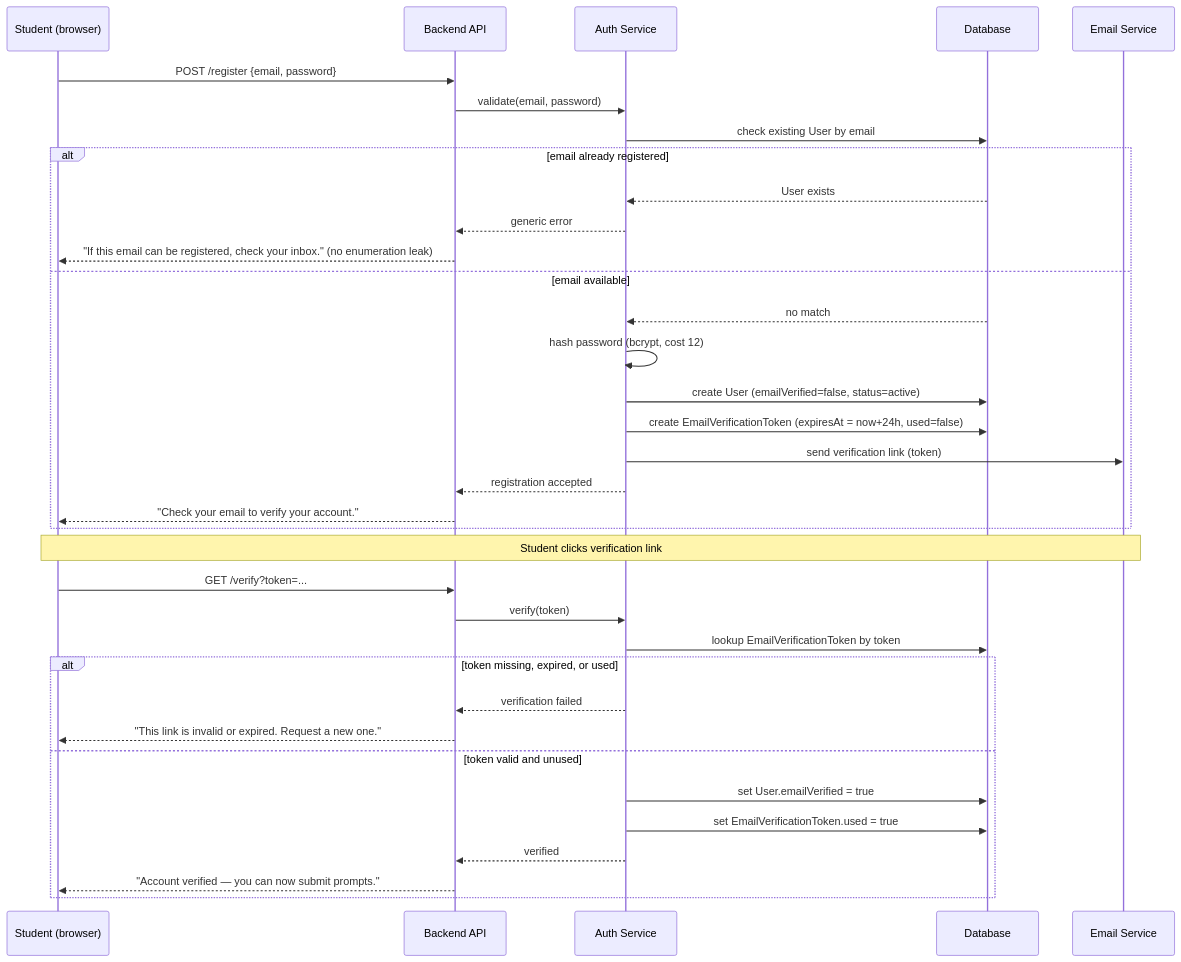
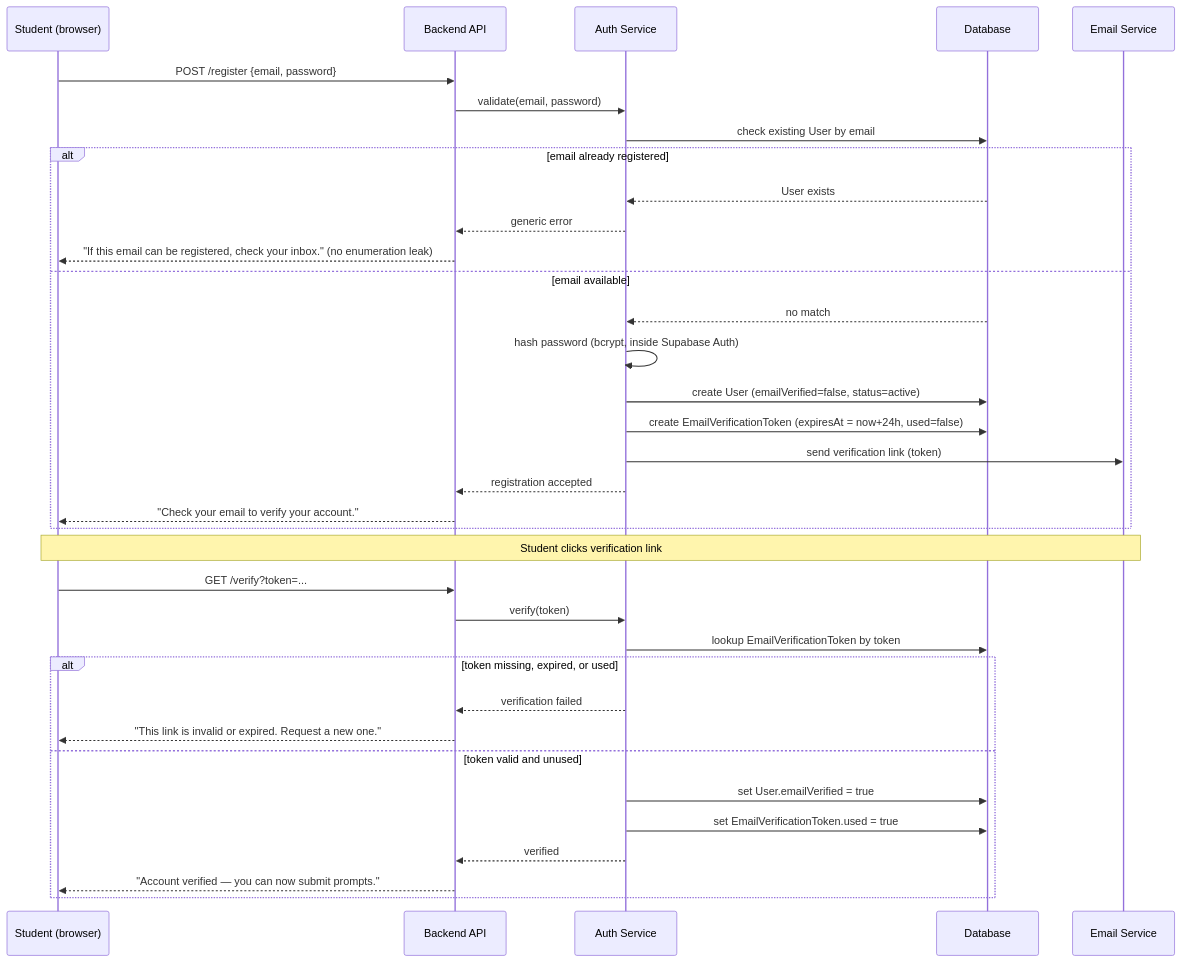
One commit to Skiet88/SentryPrompt changed the first of 4 diagrams in docs/architecture/AUTH_DESIGN.md. Above: the diagram before and after it, drawn with Mermaid. The commit also changed other lines of this file and 11 other files, not shown here.

First line of the commit message:
Revise tech stack for deployment: Supabase Postgres and Auth, TypeScript frontend

````diff
--- a/docs/architecture/AUTH_DESIGN.md
+++ b/docs/architecture/AUTH_DESIGN.md
@@ -25,39 +44,39 @@
 ```mermaid
 sequenceDiagram
     participant S as Student (browser)
     participant API as Backend API
     participant Auth as Auth Service
     participant DB as Database
     participant Mail as Email Service
 
     S->>API: POST /register {email, password}
     API->>Auth: validate(email, password)
     Auth->>DB: check existing User by email
     alt email already registered
         DB-->>Auth: User exists
         Auth-->>API: generic error
         API-->>S: "If this email can be registered, check your inbox." (no enumeration leak)
     else email available
         DB-->>Auth: no match
-        Auth->>Auth: hash password (bcrypt, cost 12)
+        Auth->>Auth: hash password (bcrypt, inside Supabase Auth)
         Auth->>DB: create User (emailVerified=false, status=active)
         Auth->>DB: create EmailVerificationToken (expiresAt = now+24h, used=false)
         Auth->>Mail: send verification link (token)
         Auth-->>API: registration accepted
         API-->>S: "Check your email to verify your account."
     end
 
     Note over S,Mail: Student clicks verification link
     S->>API: GET /verify?token=...
     API->>Auth: verify(token)
     Auth->>DB: lookup EmailVerificationToken by token
     alt token missing, expired, or used
         Auth-->>API: verification failed
         API-->>S: "This link is invalid or expired. Request a new one."
     else token valid and unused
         Auth->>DB: set User.emailVerified = true
         Auth->>DB: set EmailVerificationToken.used = true
         Auth-->>API: verified
         API-->>S: "Account verified — you can now submit prompts."
     end
 ```
````
